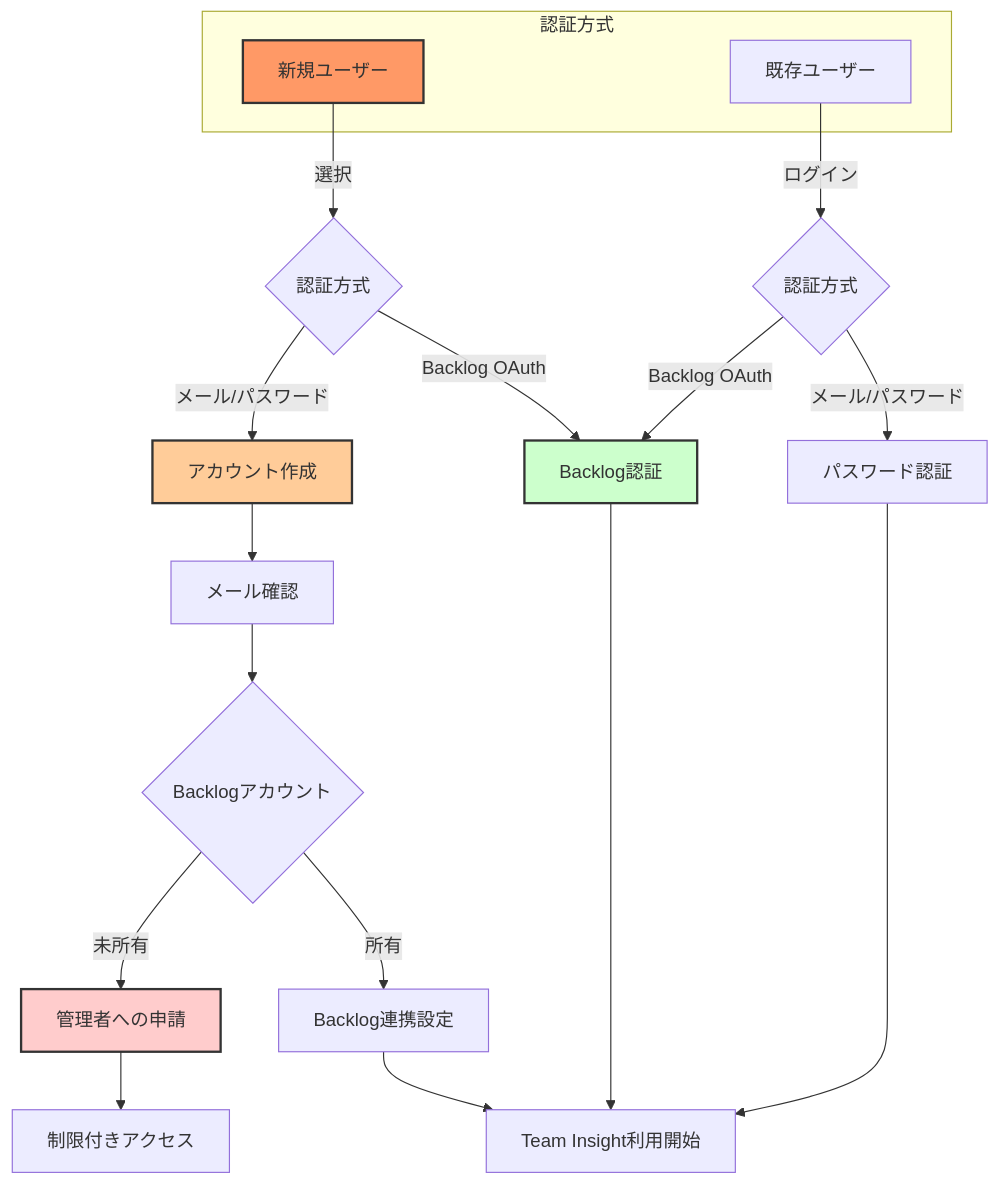
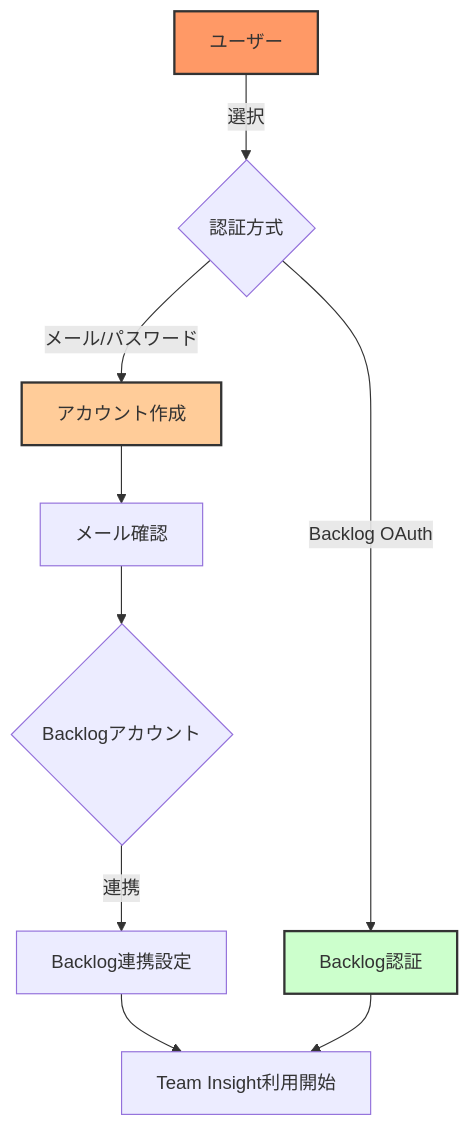
The fourth of 13 diagrams in Doc/mvp.md (rasshii/team-insight), drawn with Mermaid before and after one commit. The commit also changed other lines of this file and 64 other files, not shown here.

````diff
--- a/Doc/mvp.md
+++ b/Doc/mvp.md
@@ -132,30 +129,17 @@
 ```mermaid
 graph TD
-    subgraph "認証方式"
-        A[新規ユーザー]
-        B[既存ユーザー]
-    end
-
-    A -->|選択| C{認証方式}
+    A[ユーザー] -->|選択| C{認証方式}
     C -->|メール/パスワード| D[アカウント作成]
     C -->|Backlog OAuth| E[Backlog認証]
 
     D --> F[メール確認]
     F --> G{Backlogアカウント}
-    G -->|所有| H[Backlog連携設定]
-    G -->|未所有| I[管理者への申請]
+    G -->|連携| H[Backlog連携設定]
 
     H --> J[Team Insight利用開始]
-    I --> K[制限付きアクセス]
     E --> J
-
-    B -->|ログイン| L{認証方式}
-    L -->|メール/パスワード| M[パスワード認証]
-    L -->|Backlog OAuth| E
-    M --> J
 
     style A fill:#f96,stroke:#333,stroke-width:2px
     style D fill:#fc9,stroke:#333,stroke-width:2px
     style E fill:#cfc,stroke:#333,stroke-width:2px
-    style I fill:#fcc,stroke:#333,stroke-width:2px
 ```
````
